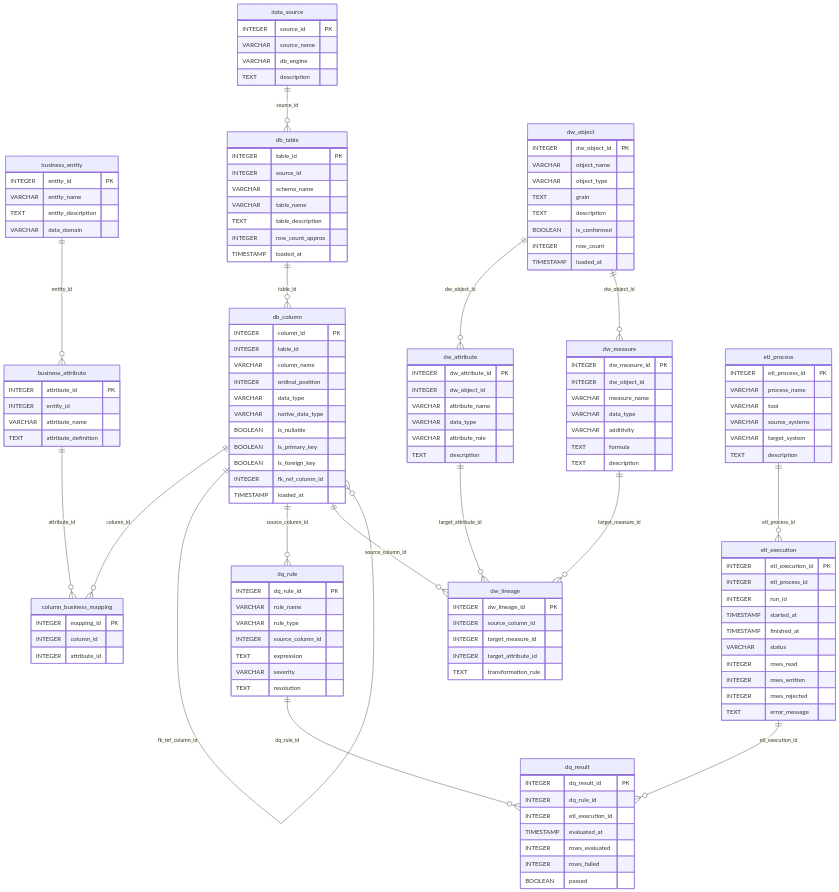
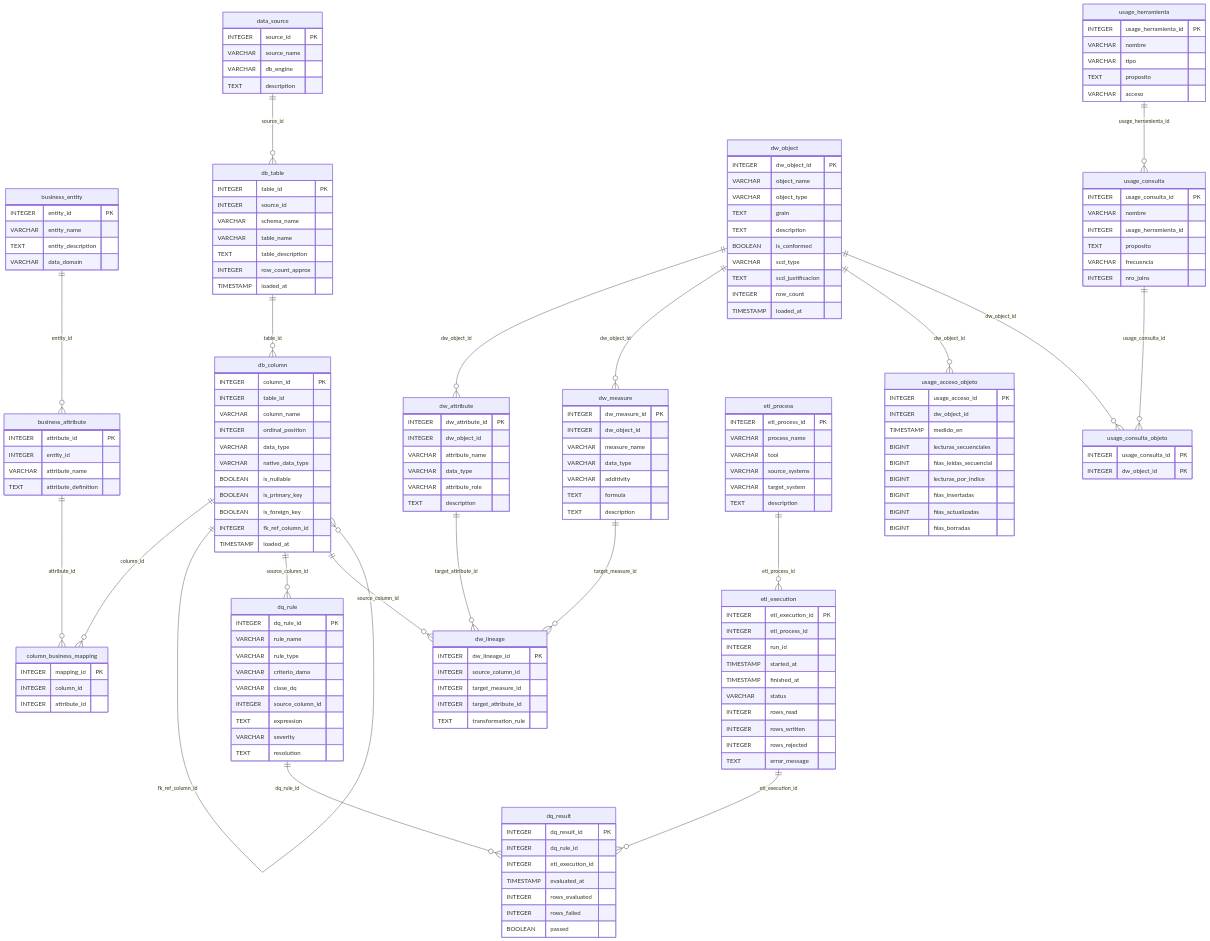
The diagram in docs/Entrega_2/img/repositorio_metadatos.mmd (salo368/proyecto-modelos-datos), drawn with Mermaid before and after one commit. The commit also changed 17 other files, not shown here.

```diff
--- a/docs/Entrega_2/img/repositorio_metadatos.mmd
+++ b/docs/Entrega_2/img/repositorio_metadatos.mmd
@@ -1,133 +1,171 @@
 erDiagram
     business_attribute {
         INTEGER attribute_id PK
         INTEGER entity_id
         VARCHAR attribute_name
         TEXT attribute_definition
     }
     business_entity {
         INTEGER entity_id PK
         VARCHAR entity_name
         TEXT entity_description
         VARCHAR data_domain
     }
     column_business_mapping {
         INTEGER mapping_id PK
         INTEGER column_id
         INTEGER attribute_id
     }
     data_source {
         INTEGER source_id PK
         VARCHAR source_name
         VARCHAR db_engine
         TEXT description
     }
     db_column {
         INTEGER column_id PK
         INTEGER table_id
         VARCHAR column_name
         INTEGER ordinal_position
         VARCHAR data_type
         VARCHAR native_data_type
         BOOLEAN is_nullable
         BOOLEAN is_primary_key
         BOOLEAN is_foreign_key
         INTEGER fk_ref_column_id
         TIMESTAMP loaded_at
     }
     db_table {
         INTEGER table_id PK
         INTEGER source_id
         VARCHAR schema_name
         VARCHAR table_name
         TEXT table_description
         INTEGER row_count_approx
         TIMESTAMP loaded_at
     }
     dq_result {
         INTEGER dq_result_id PK
         INTEGER dq_rule_id
         INTEGER etl_execution_id
         TIMESTAMP evaluated_at
         INTEGER rows_evaluated
         INTEGER rows_failed
         BOOLEAN passed
     }
     dq_rule {
         INTEGER dq_rule_id PK
         VARCHAR rule_name
         VARCHAR rule_type
+        VARCHAR criterio_dama
+        VARCHAR clase_dq
         INTEGER source_column_id
         TEXT expression
         VARCHAR severity
         TEXT resolution
     }
     dw_attribute {
         INTEGER dw_attribute_id PK
         INTEGER dw_object_id
         VARCHAR attribute_name
         VARCHAR data_type
         VARCHAR attribute_role
         TEXT description
     }
     dw_lineage {
         INTEGER dw_lineage_id PK
         INTEGER source_column_id
         INTEGER target_measure_id
         INTEGER target_attribute_id
         TEXT transformation_rule
     }
     dw_measure {
         INTEGER dw_measure_id PK
         INTEGER dw_object_id
         VARCHAR measure_name
         VARCHAR data_type
         VARCHAR additivity
         TEXT formula
         TEXT description
     }
     dw_object {
         INTEGER dw_object_id PK
         VARCHAR object_name
         VARCHAR object_type
         TEXT grain
         TEXT description
         BOOLEAN is_conformed
+        VARCHAR scd_type
+        TEXT scd_justificacion
         INTEGER row_count
         TIMESTAMP loaded_at
     }
     etl_execution {
         INTEGER etl_execution_id PK
         INTEGER etl_process_id
         INTEGER run_id
         TIMESTAMP started_at
         TIMESTAMP finished_at
         VARCHAR status
         INTEGER rows_read
         INTEGER rows_written
         INTEGER rows_rejected
         TEXT error_message
     }
     etl_process {
         INTEGER etl_process_id PK
         VARCHAR process_name
         VARCHAR tool
         VARCHAR source_systems
         VARCHAR target_system
         TEXT description
     }
+    usage_acceso_objeto {
+        INTEGER usage_acceso_id PK
+        INTEGER dw_object_id
+        TIMESTAMP medido_en
+        BIGINT lecturas_secuenciales
+        BIGINT filas_leidas_secuencial
+        BIGINT lecturas_por_indice
+        BIGINT filas_insertadas
+        BIGINT filas_actualizadas
+        BIGINT filas_borradas
+    }
+    usage_consulta {
+        INTEGER usage_consulta_id PK
+        VARCHAR nombre
+        INTEGER usage_herramienta_id
+        TEXT proposito
+        VARCHAR frecuencia
+        INTEGER nro_joins
+    }
+    usage_consulta_objeto {
+        INTEGER usage_consulta_id PK
+        INTEGER dw_object_id PK
+    }
+    usage_herramienta {
+        INTEGER usage_herramienta_id PK
+        VARCHAR nombre
+        VARCHAR tipo
+        TEXT proposito
+        VARCHAR acceso
+    }
     business_entity ||--o{ business_attribute : "entity_id"
     business_attribute ||--o{ column_business_mapping : "attribute_id"
     db_column ||--o{ column_business_mapping : "column_id"
     db_column ||--o{ db_column : "fk_ref_column_id"
     db_table ||--o{ db_column : "table_id"
     data_source ||--o{ db_table : "source_id"
     dq_rule ||--o{ dq_result : "dq_rule_id"
     etl_execution ||--o{ dq_result : "etl_execution_id"
     db_column ||--o{ dq_rule : "source_column_id"
     dw_object ||--o{ dw_attribute : "dw_object_id"
     db_column ||--o{ dw_lineage : "source_column_id"
     dw_attribute ||--o{ dw_lineage : "target_attribute_id"
     dw_measure ||--o{ dw_lineage : "target_measure_id"
     dw_object ||--o{ dw_measure : "dw_object_id"
     etl_process ||--o{ etl_execution : "etl_process_id"
+    dw_object ||--o{ usage_acceso_objeto : "dw_object_id"
+    usage_herramienta ||--o{ usage_consulta : "usage_herramienta_id"
+    dw_object ||--o{ usage_consulta_objeto : "dw_object_id"
+    usage_consulta ||--o{ usage_consulta_objeto : "usage_consulta_id"
```
